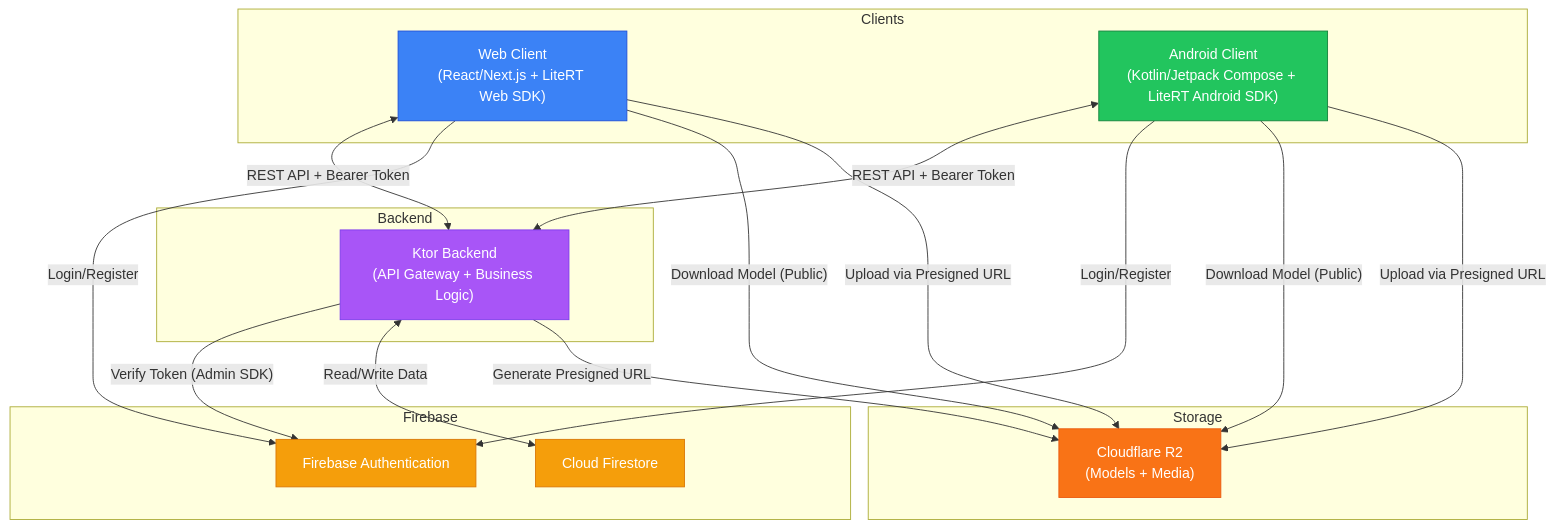
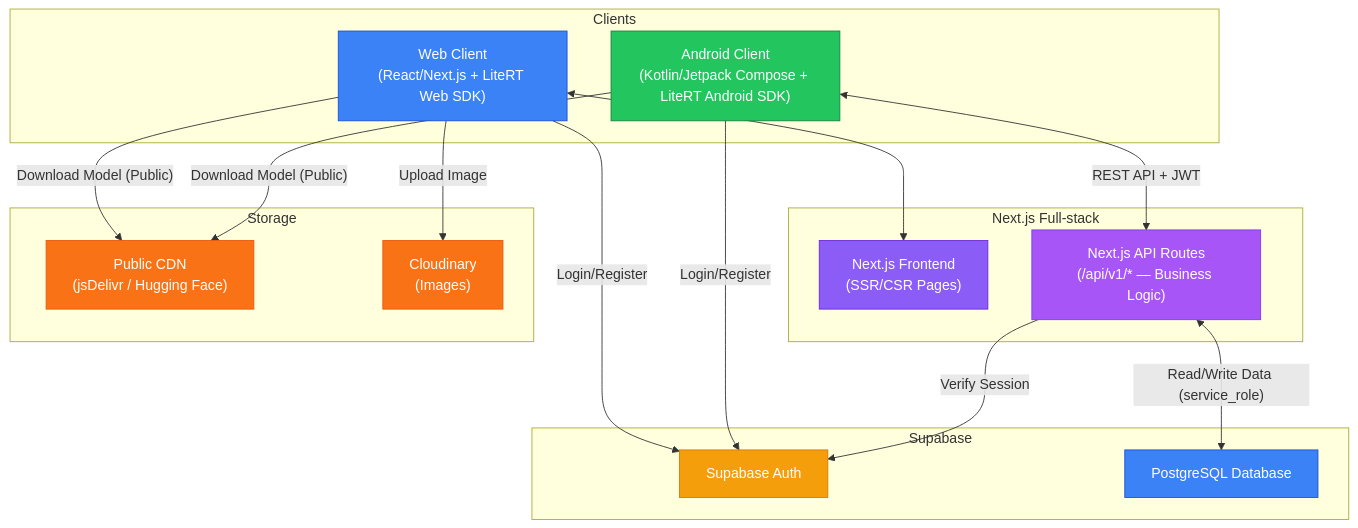
The first of 5 diagrams in docs/design/architecture.md (iAmHieu2012/Sequoia), drawn with Mermaid before and after one commit. The commit also changed other lines of this file and 14 other files, not shown here.

````diff
--- a/docs/design/architecture.md
+++ b/docs/design/architecture.md
@@ -9,42 +10,44 @@
 ```mermaid
 graph TB
     subgraph Clients
         WEB["Web Client<br/>(React/Next.js + LiteRT Web SDK)"]
         ANDROID["Android Client<br/>(Kotlin/Jetpack Compose + LiteRT Android SDK)"]
     end
 
-    subgraph Backend
-        KTOR["Ktor Backend<br/>(API Gateway + Business Logic)"]
+    subgraph "Next.js Full-stack"
+        FRONTEND["Next.js Frontend<br/>(SSR/CSR Pages)"]
+        API["Next.js API Routes<br/>(/api/v1/* — Business Logic)"]
     end
 
-    subgraph Firebase
-        AUTH["Firebase Authentication"]
-        FIRESTORE["Cloud Firestore"]
+    subgraph Supabase
+        AUTH["Supabase Auth"]
+        POSTGRES["PostgreSQL Database"]
     end
 
     subgraph Storage
-        R2["Cloudflare R2<br/>(Models + Media)"]
+        CDN["Public CDN<br/>(jsDelivr / Hugging Face)"]
+        CLOUDINARY["Cloudinary<br/>(Images)"]
     end
 
-    WEB <-->|"REST API + Bearer Token"| KTOR
-    ANDROID <-->|"REST API + Bearer Token"| KTOR
+    WEB <--> FRONTEND
+    ANDROID <-->|"REST API + JWT"| API
 
     WEB -->|"Login/Register"| AUTH
     ANDROID -->|"Login/Register"| AUTH
 
-    KTOR -->|"Verify Token (Admin SDK)"| AUTH
-    KTOR <-->|"Read/Write Data"| FIRESTORE
-    KTOR -->|"Generate Presigned URL"| R2
+    API -->|"Verify Session"| AUTH
+    API <-->|"Read/Write Data (service_role)"| POSTGRES
 
-    WEB -->|"Download Model (Public)"| R2
-    ANDROID -->|"Download Model (Public)"| R2
-    WEB -->|"Upload via Presigned URL"| R2
-    ANDROID -->|"Upload via Presigned URL"| R2
+    WEB -->|"Download Model (Public)"| CDN
+    ANDROID -->|"Download Model (Public)"| CDN
+    WEB -->|"Upload Image"| CLOUDINARY
 
     style WEB fill:#3b82f6,stroke:#1d4ed8,color:#fff
     style ANDROID fill:#22c55e,stroke:#15803d,color:#fff
-    style KTOR fill:#a855f7,stroke:#7c3aed,color:#fff
+    style FRONTEND fill:#8b5cf6,stroke:#6d28d9,color:#fff
+    style API fill:#a855f7,stroke:#7c3aed,color:#fff
     style AUTH fill:#f59e0b,stroke:#d97706,color:#fff
-    style FIRESTORE fill:#f59e0b,stroke:#d97706,color:#fff
-    style R2 fill:#f97316,stroke:#ea580c,color:#fff
+    style POSTGRES fill:#3b82f6,stroke:#1d4ed8,color:#fff
+    style CDN fill:#f97316,stroke:#ea580c,color:#fff
+    style CLOUDINARY fill:#f97316,stroke:#ea580c,color:#fff
 ```
````
